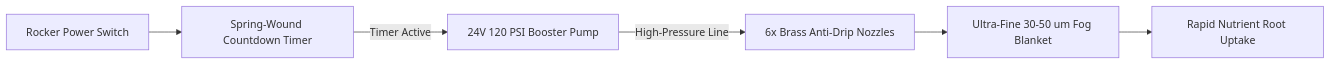
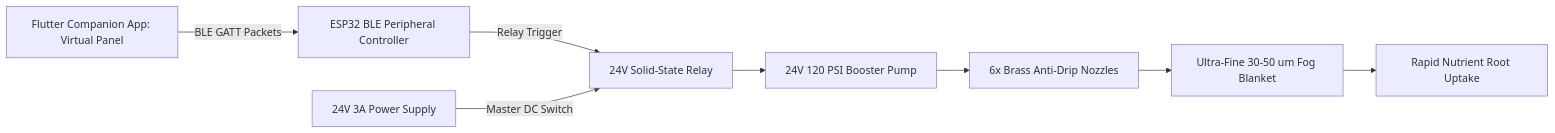
The second of 3 diagrams in src/content/docs/hardware/tps-root-chamber.mdx (SamSoupSauce/open-biosphere), drawn with Mermaid before and after one commit. The commit also changed other lines of this file and 14 other files, not shown here.

Commit message:
feat(rfc-0005): implement hardware interlocks & BLE virtual interface standard across machine catalog

````diff
--- a/src/content/docs/hardware/tps-root-chamber.mdx
+++ b/src/content/docs/hardware/tps-root-chamber.mdx
@@ -211,8 +228,10 @@
 ```mermaid
 flowchart LR
-    A[Rocker Power Switch] --> B[Spring-Wound Countdown Timer]
-    B -->|Timer Active| C[24V 120 PSI Booster Pump]
-    C -->|High-Pressure Line| D[6x Brass Anti-Drip Nozzles]
-    D --> E[Ultra-Fine 30-50 um Fog Blanket]
-    E --> F[Rapid Nutrient Root Uptake]
+    A[Flutter Companion App: Virtual Panel] -->|BLE GATT Packets| B[ESP32 BLE Peripheral Controller]
+    B -->|Relay Trigger| C[24V Solid-State Relay]
+    D[24V 3A Power Supply] -->|Master DC Switch| C
+    C --> E[24V 120 PSI Booster Pump]
+    E --> F[6x Brass Anti-Drip Nozzles]
+    F --> G[Ultra-Fine 30-50 um Fog Blanket]
+    G --> H[Rapid Nutrient Root Uptake]
 ```
````
